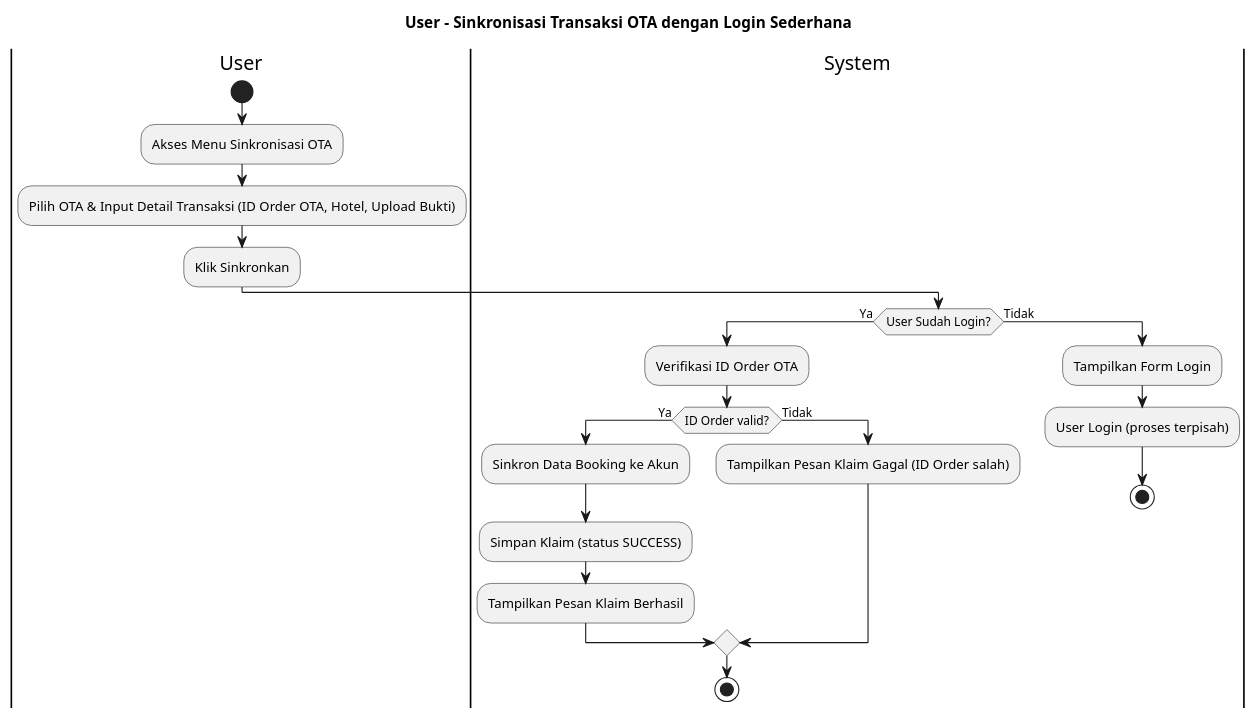
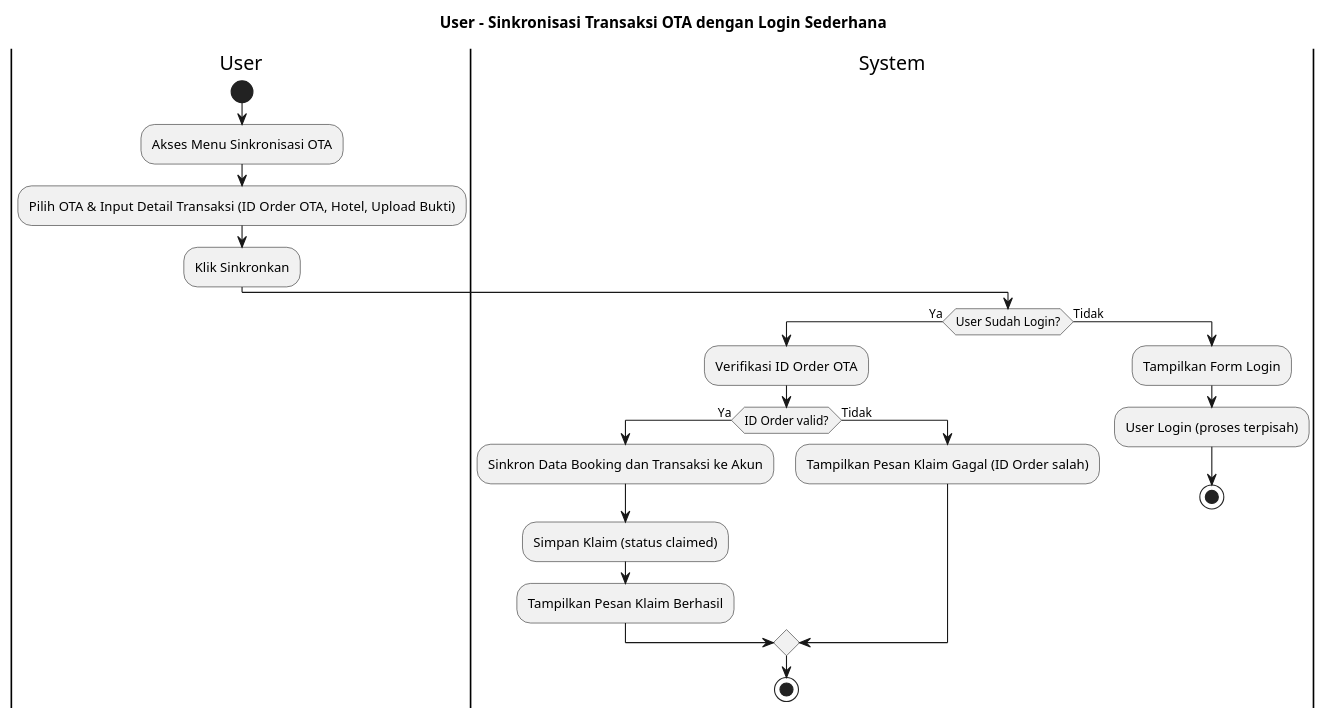
Before and after one commit to aliifam/final-project: the diagram in diagram/raw/ad/user/otasync.plantuml, drawn with PlantUML. The commit also changed 75 other files, not shown here.

```diff
--- a/diagram/raw/ad/user/otasync.plantuml
+++ b/diagram/raw/ad/user/otasync.plantuml
@@ -1,26 +1,26 @@
 @startuml
 title User - Sinkronisasi Transaksi OTA dengan Login Sederhana
 
 |User|
 start
 :Akses Menu Sinkronisasi OTA;
 :Pilih OTA & Input Detail Transaksi (ID Order OTA, Hotel, Upload Bukti);
 :Klik Sinkronkan;
 
 |System|
 if (User Sudah Login?) then (Ya)
   :Verifikasi ID Order OTA;
   if (ID Order valid?) then (Ya)
-    :Sinkron Data Booking ke Akun;
-    :Simpan Klaim (status SUCCESS);
+    :Sinkron Data Booking dan Transaksi ke Akun;
+    :Simpan Klaim (status claimed);
     :Tampilkan Pesan Klaim Berhasil;
   else (Tidak)
     :Tampilkan Pesan Klaim Gagal (ID Order salah);
   endif
   stop
 else (Tidak)
   :Tampilkan Form Login;
   :User Login (proses terpisah);
   stop
 endif
 @enduml
```
